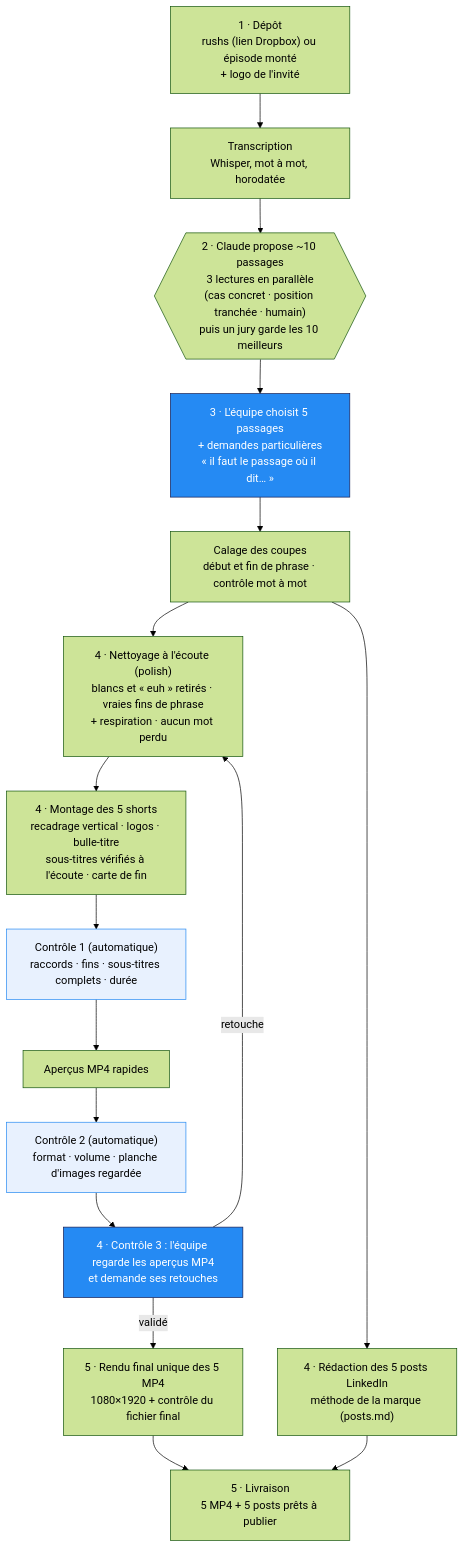
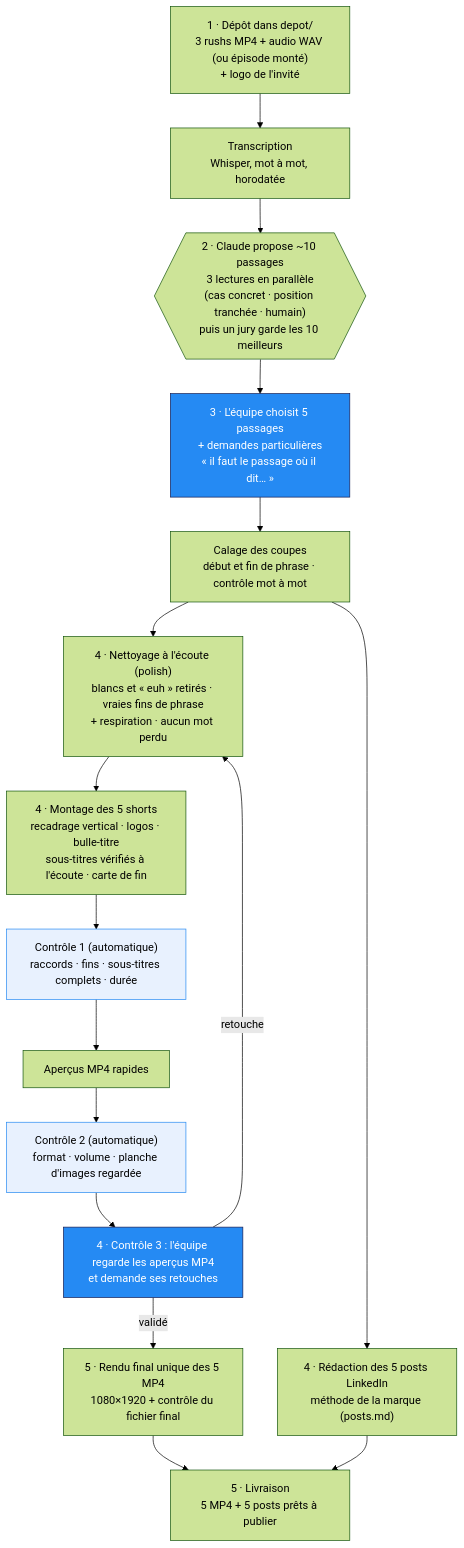
The first of 2 diagrams in docs/FRAMEWORK.md (arthurw31/podcast-clipper), drawn with Mermaid (forest theme) before and after one commit. The commit also changed other lines of this file and 8 other files, not shown here.

First line of the commit message:
Rushs déposés dans depot/ : commande rushes (rôles des caméras, synchro, rangement)

````diff
--- a/docs/FRAMEWORK.md
+++ b/docs/FRAMEWORK.md
@@ -13,23 +13,23 @@
 ```mermaid
 flowchart TD
-    A["1 · Dépôt<br/>rushs (lien Dropbox) ou épisode monté<br/>+ logo de l'invité"] --> B["Transcription<br/>Whisper, mot à mot, horodatée"]
+    A["1 · Dépôt dans depot/<br/>3 rushs MP4 + audio WAV (ou épisode monté)<br/>+ logo de l'invité"] --> B["Transcription<br/>Whisper, mot à mot, horodatée"]
     B --> C{{"2 · Claude propose ~10 passages<br/>3 lectures en parallèle<br/>(cas concret · position tranchée · humain)<br/>puis un jury garde les 10 meilleurs"}}
     C --> D["3 · L'équipe choisit 5 passages<br/>+ demandes particulières<br/>« il faut le passage où il dit… »"]
     D --> E["Calage des coupes<br/>début et fin de phrase · contrôle mot à mot"]
     E --> N["4 · Nettoyage à l'écoute (polish)<br/>blancs et « euh » retirés · vraies fins de phrase<br/>+ respiration · aucun mot perdu"]
     N --> F["4 · Montage des 5 shorts<br/>recadrage vertical · logos · bulle-titre<br/>sous-titres vérifiés à l'écoute · carte de fin"]
     F --> Q1["Contrôle 1 (automatique)<br/>raccords · fins · sous-titres complets · durée"]
     Q1 --> P["Aperçus MP4 rapides"]
     P --> Q2["Contrôle 2 (automatique)<br/>format · volume · planche d'images regardée"]
     Q2 --> V["4 · Contrôle 3 : l'équipe regarde les aperçus MP4<br/>et demande ses retouches"]
     V -->|retouche| N
     E --> G["4 · Rédaction des 5 posts LinkedIn<br/>méthode de la marque (posts.md)"]
     V -->|validé| R["5 · Rendu final unique des 5 MP4<br/>1080×1920 + contrôle du fichier final"]
     R --> H["5 · Livraison<br/>5 MP4 + 5 posts prêts à publier"]
     G --> H
 
     classDef human fill:#258AF3,color:#fff,stroke:#151D53;
     classDef check fill:#E8F1FE,stroke:#258AF3;
     class D,V human;
     class Q1,Q2 check;
 ```
````
